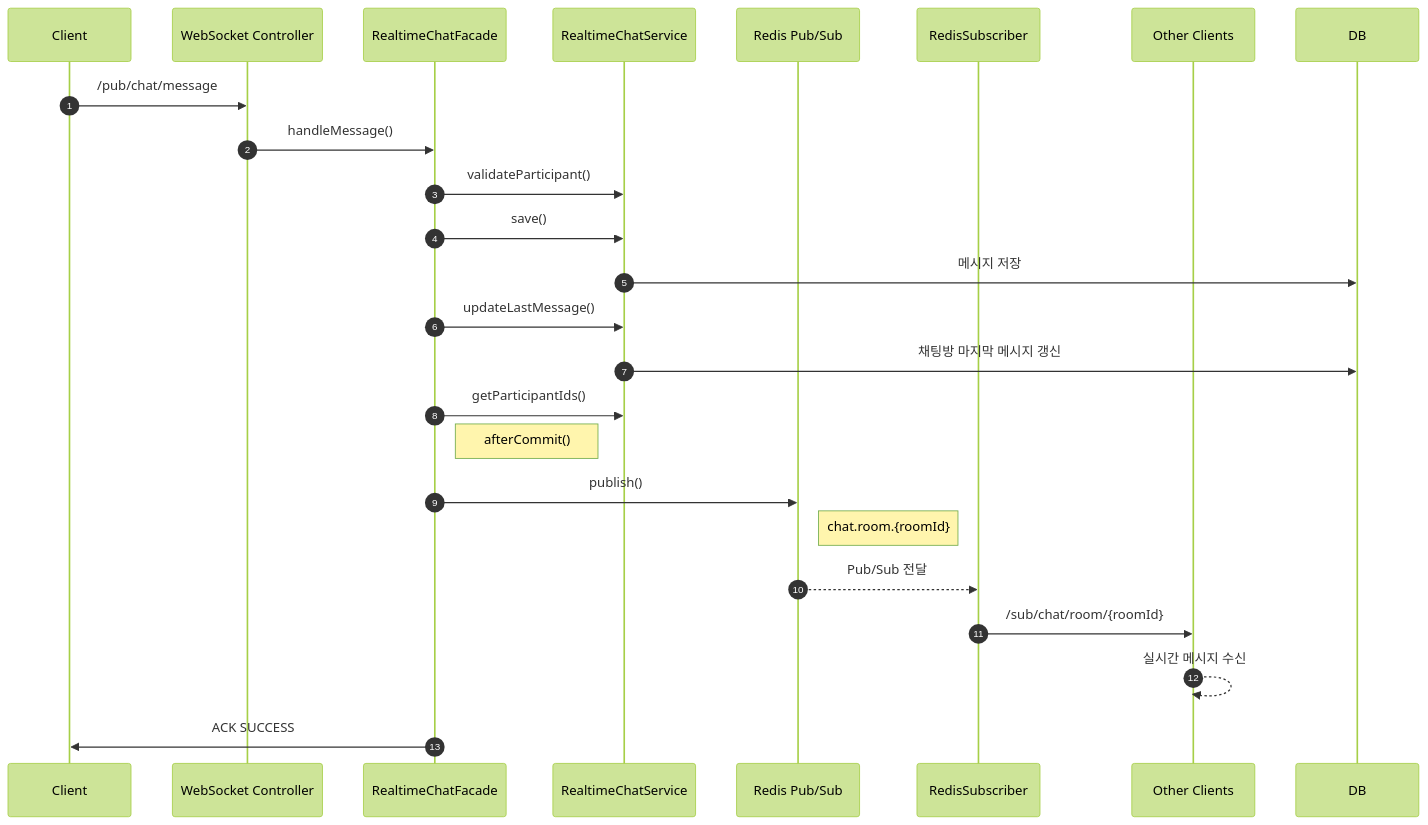
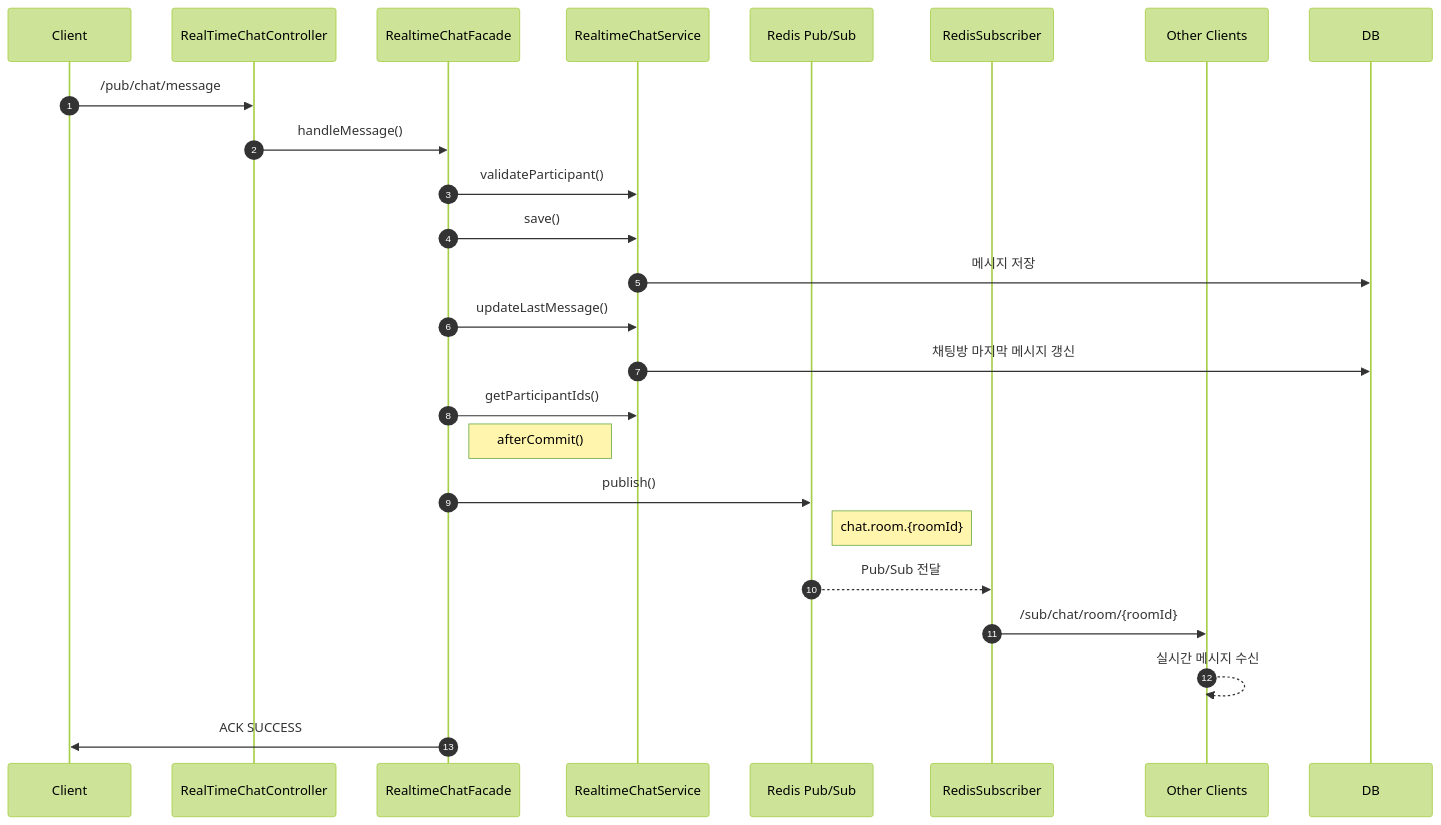
One commit to all-in-market/chat-server changed the second of 19 diagrams in README.md. Above: the diagram before and after it, drawn with Mermaid (forest theme). The commit also changed other lines of this file, not shown here.

Commit message:
docs: 채팅 서버 README 피드백 반영

````diff
--- a/README.md
+++ b/README.md
@@ -74,42 +74,42 @@
 ```mermaid
 sequenceDiagram
     autonumber
 
     participant Client
-    participant WS as WebSocket Controller
+    participant WS as RealTimeChatController
     participant Facade as RealtimeChatFacade
     participant Service as RealtimeChatService
     participant Redis as Redis Pub/Sub
     participant Subscriber as RedisSubscriber
     participant Other as Other Clients
 
     Client->>WS: /pub/chat/message
 
     WS->>Facade: handleMessage()
 
     Facade->>Service: validateParticipant()
 
     Facade->>Service: save()
 
     Service->>DB: 메시지 저장
 
     Facade->>Service: updateLastMessage()
 
     Service->>DB: 채팅방 마지막 메시지 갱신
 
     Facade->>Service: getParticipantIds()
 
     Note right of Facade: afterCommit()
 
     Facade->>Redis: publish()
 
     Note right of Redis: chat.room.{roomId}
 
     Redis-->>Subscriber: Pub/Sub 전달
 
     Subscriber->>Other: /sub/chat/room/{roomId}
 
     Other-->>Other: 실시간 메시지 수신
 
     Facade->>Client: ACK SUCCESS
 ```
````
